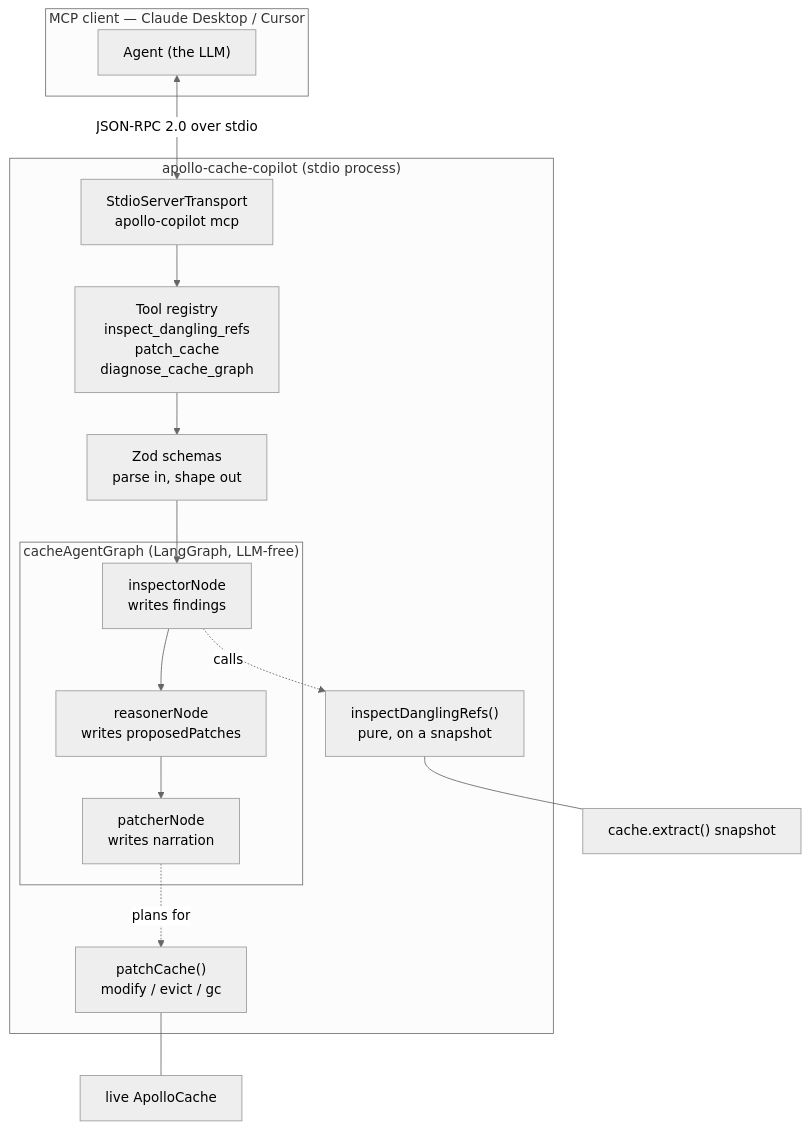
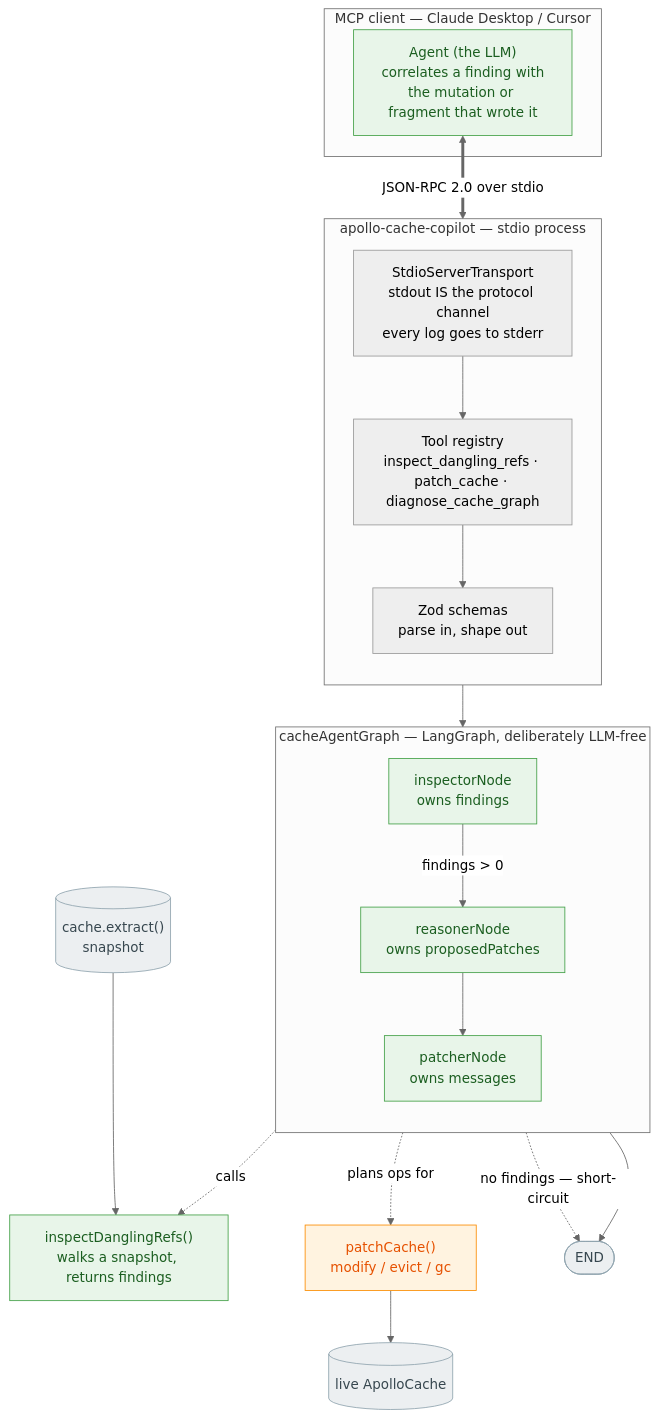
The diagram in README.md (nihar777/apollo-cache-copilot), drawn with Mermaid (neutral theme) before and after one commit. The commit also changed other lines of this file, not shown here.

Commit message:
Correct architecture diagram: show inspector short-circuit

````diff
--- a/README.md
+++ b/README.md
@@ -57,30 +57,45 @@
 ```mermaid
 flowchart TD
     subgraph client["MCP client — Claude Desktop / Cursor"]
-        A["Agent (the LLM)"]
+        A["Agent (the LLM)<br/>correlates a finding with<br/>the mutation or fragment that wrote it"]
     end
 
-    subgraph server["apollo-cache-copilot (stdio process)"]
-        T["StdioServerTransport<br/>apollo-copilot mcp"]
-        R["Tool registry<br/>inspect_dangling_refs<br/>patch_cache<br/>diagnose_cache_graph"]
+    subgraph server["apollo-cache-copilot — stdio process"]
+        direction TB
+        T["StdioServerTransport<br/>stdout IS the protocol channel<br/>every log goes to stderr"]
+        R["Tool registry<br/>inspect_dangling_refs · patch_cache · diagnose_cache_graph"]
         Z["Zod schemas<br/>parse in, shape out"]
-
-        subgraph g["cacheAgentGraph (LangGraph, LLM-free)"]
-            I["inspectorNode<br/>writes findings"]
-            RE["reasonerNode<br/>writes proposedPatches"]
-            P["patcherNode<br/>writes narration"]
-            I --> RE --> P
-        end
-
-        TOOL1["inspectDanglingRefs()<br/>pure, on a snapshot"]
-        TOOL2["patchCache()<br/>modify / evict / gc"]
-
-        T --> R --> Z --> I
-        I -.->|calls| TOOL1
-        P -.->|plans for| TOOL2
+        T --> R --> Z
     end
 
-    A <-->|"JSON-RPC 2.0 over stdio"| T
-    TOOL1 --- CACHE["cache.extract() snapshot"]
-    TOOL2 --- LIVE["live ApolloCache"]
+    subgraph g["cacheAgentGraph — LangGraph, deliberately LLM-free"]
+        direction TB
+        I["inspectorNode<br/>owns findings"]
+        RE["reasonerNode<br/>owns proposedPatches"]
+        P["patcherNode<br/>owns messages"]
+        I -->|"findings > 0"| RE --> P
+    end
+
+    F1["inspectDanglingRefs()<br/>walks a snapshot, returns findings"]
+    F2["patchCache()<br/>modify / evict / gc"]
+
+    SNAP[("cache.extract()<br/>snapshot")]
+    LIVE[("live ApolloCache")]
+    DONE(["END"])
+
+    A <==>|"JSON-RPC 2.0 over stdio"| T
+    Z --> I
+    SNAP --> F1
+    I -.->|calls| F1
+    I -.->|"no findings — short-circuit"| DONE
+    P --> DONE
+    P -.->|"plans ops for"| F2
+    F2 --> LIVE
+
+    classDef ro fill:#e8f5e9,stroke:#43a047,color:#1b5e20
+    classDef mut fill:#fff3e0,stroke:#fb8c00,color:#e65100
+    classDef data fill:#eceff1,stroke:#90a4ae,color:#37474f
+    class A,I,RE,P,F1 ro
+    class F2 mut
+    class SNAP,LIVE,DONE data
 ```
````
